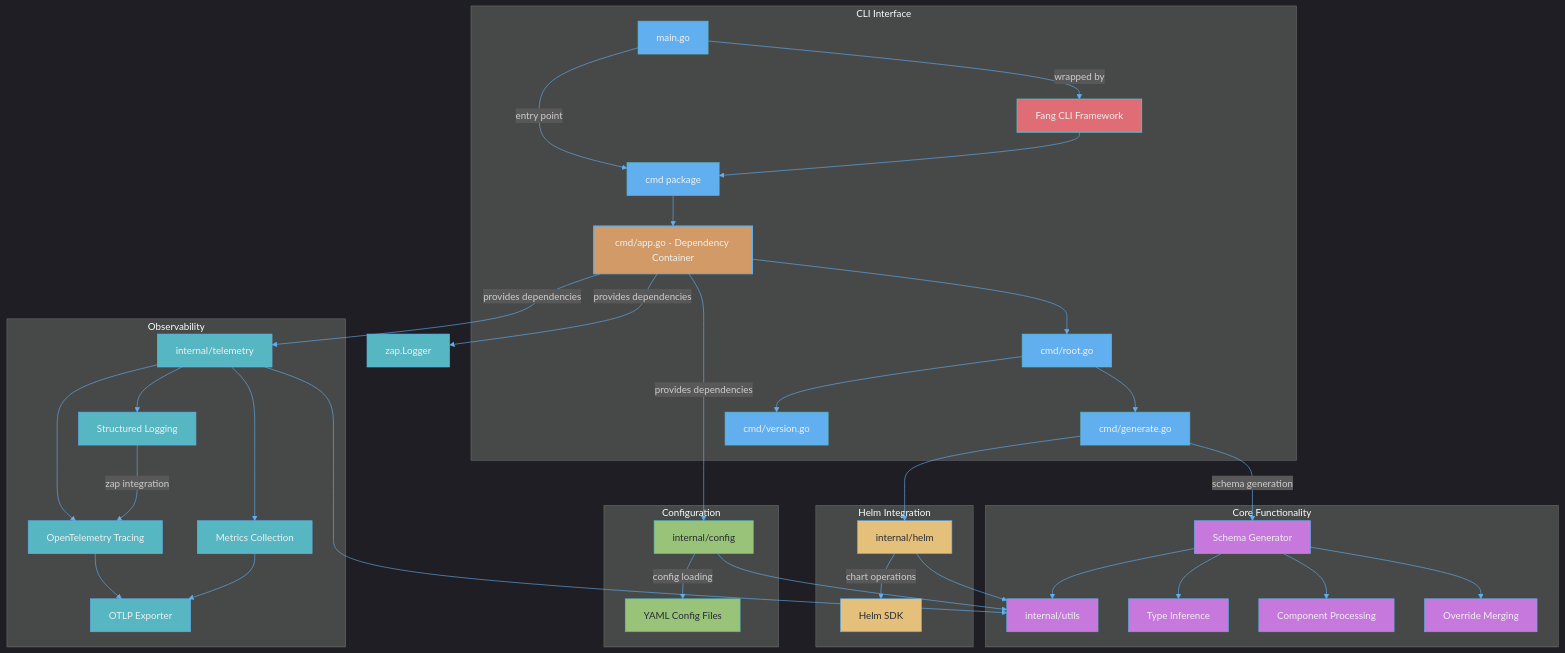
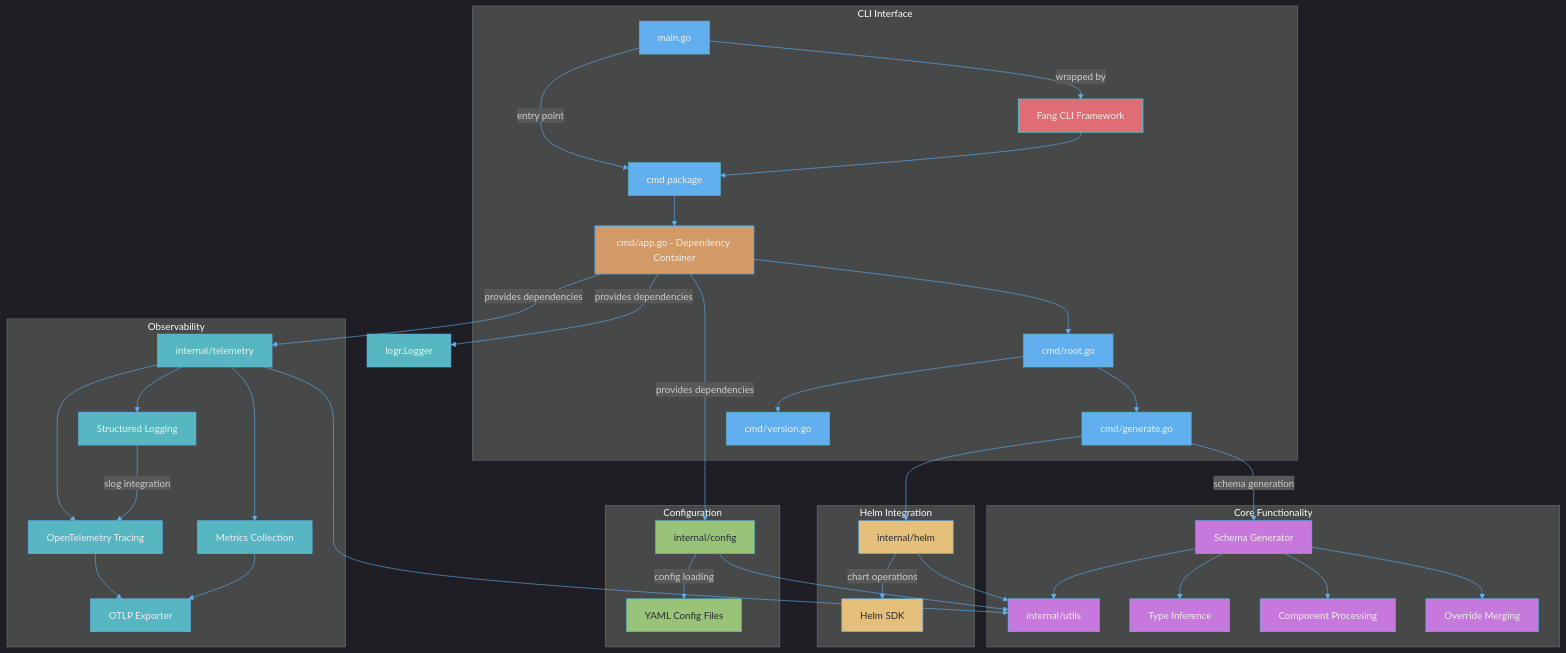
Before and after one commit to mkm29/valet: the diagram in README.md, drawn with Mermaid. The commit also changed other lines of this file and 12 other files, not shown here.

First line of the commit message:
feat: integrate logr for structured logging

```diff
--- a/README.md
+++ b/README.md
@@ -102,7 +102,7 @@
     RootCmd --> VersionCmd[cmd/version.go]
     App --> |provides dependencies| Config[internal/config]
     App --> |provides dependencies| Telemetry[internal/telemetry]
-    App --> |provides dependencies| Logger[zap.Logger]
+    App --> |provides dependencies| Logger[logr.Logger]
     GenerateCmd --> |schema generation| SchemaGen[Schema Generator]
     GenerateCmd --> Helm[internal/helm]
     Config --> |config loading| YAML[YAML Config Files]
@@ -145,7 +145,7 @@
         Telemetry --> Logging[Structured Logging]
         Tracing --> OTLP[OTLP Exporter]
         Metrics --> OTLP
-        Logging --> |zap integration| Tracing
+        Logging --> |slog integration| Tracing
     end
 
     classDef core fill:#c678dd,stroke:#61afef,stroke-width:1px,color:#efefef;
```
